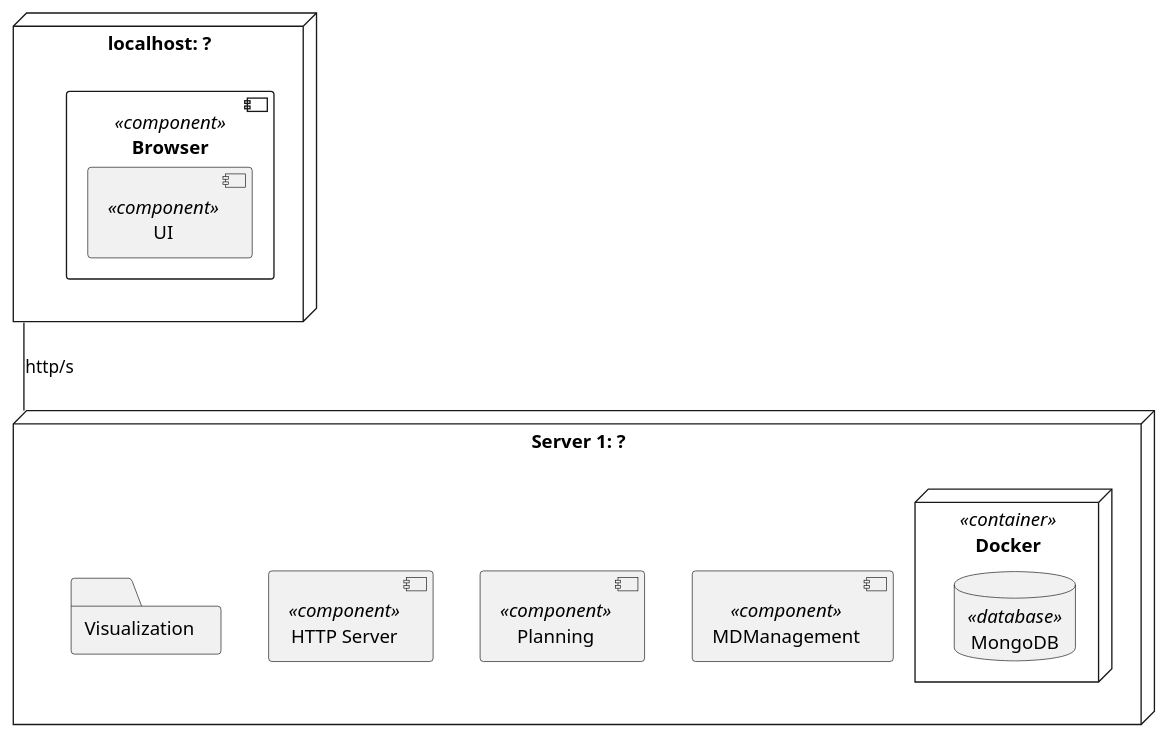
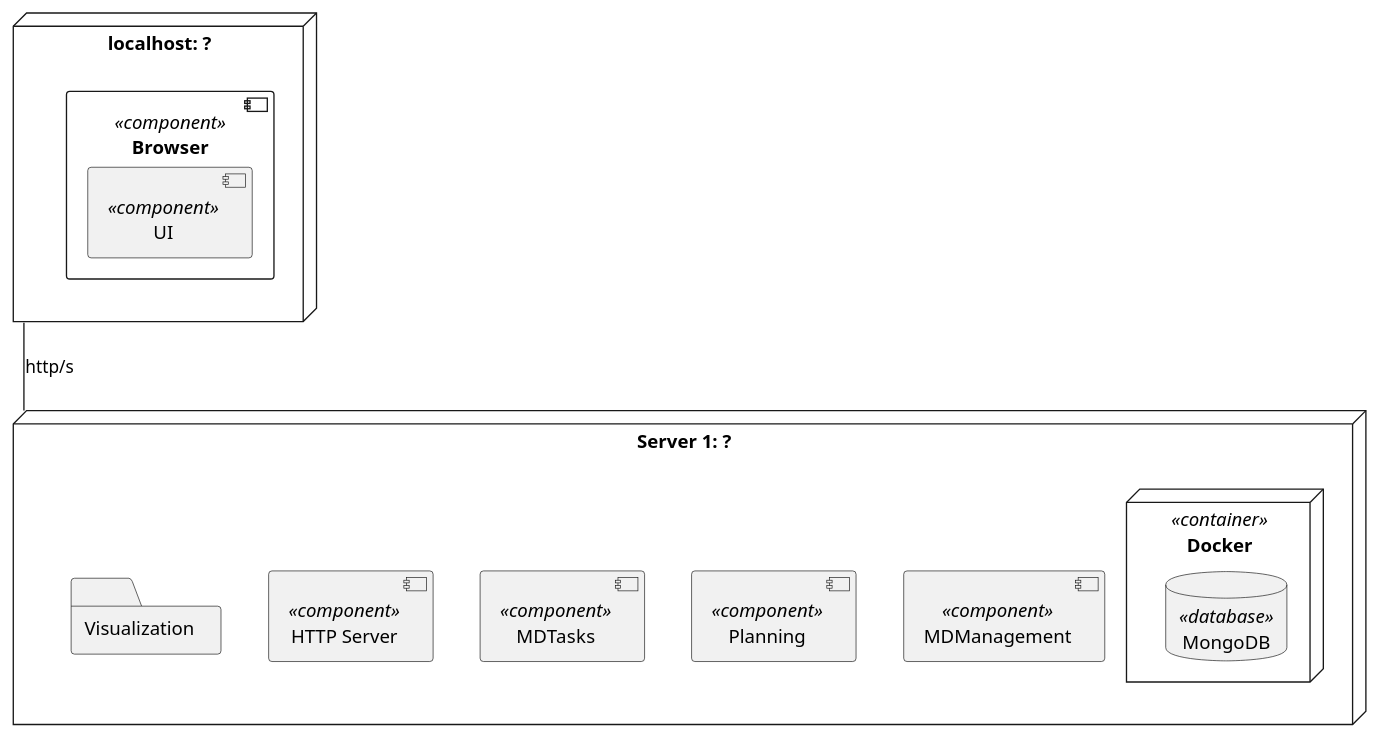
Before and after one commit to miseEnPlace-dev/lapr5: the diagram in _wiki/views/level-2/physical-view/dev-physical-view.puml, drawn with PlantUML. The commit also changed 14 other files, not shown here.

```diff
--- a/_wiki/views/level-2/physical-view/dev-physical-view.puml
+++ b/_wiki/views/level-2/physical-view/dev-physical-view.puml
@@ -1,27 +1,29 @@
 @startuml dev-physical-view
 
 node "localhost: ?" as LOCAL {
   component "Browser" as B <<component>> {
     component "UI" as UI <<component>> {
     }
   }
 }
 
 node "Server 1: ?" as S1 {
   component "MDManagement" as MDM <<component>> { 
   }
   component "Planning" as P <<component>>  { 
   }
+  component "MDTasks" as MDT <<component>>  { 
+  }
   component "HTTP Server" as SERV <<component>> { 
   }
   folder "Visualization" as V {
   }
   node "Docker" <<container>> {
     database "MongoDB" as DB <<database>> {
     }
   }
 }
 
 LOCAL -- S1 : http/s
 
 @enduml
```
